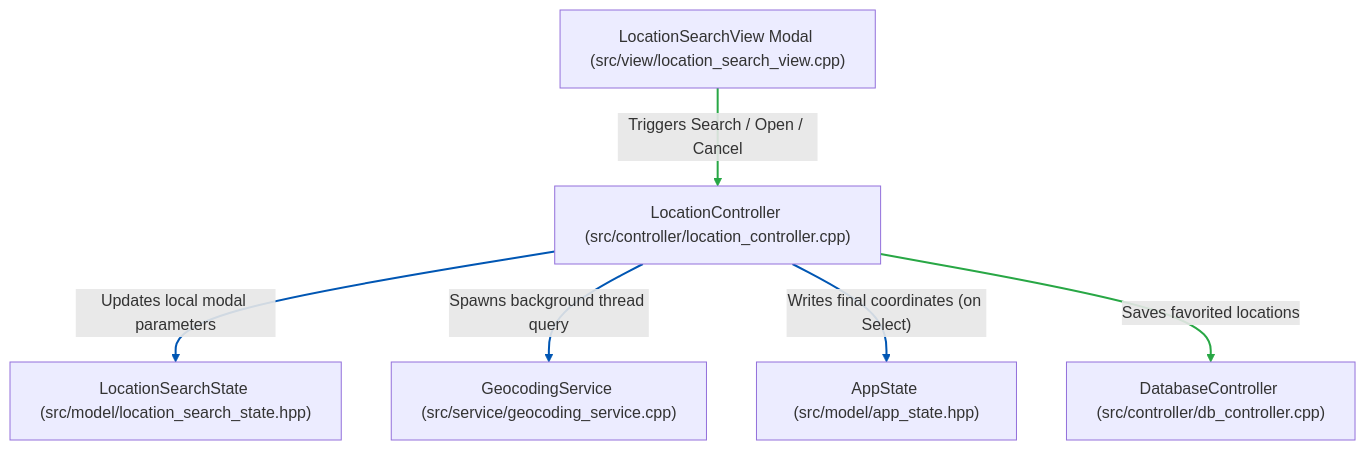
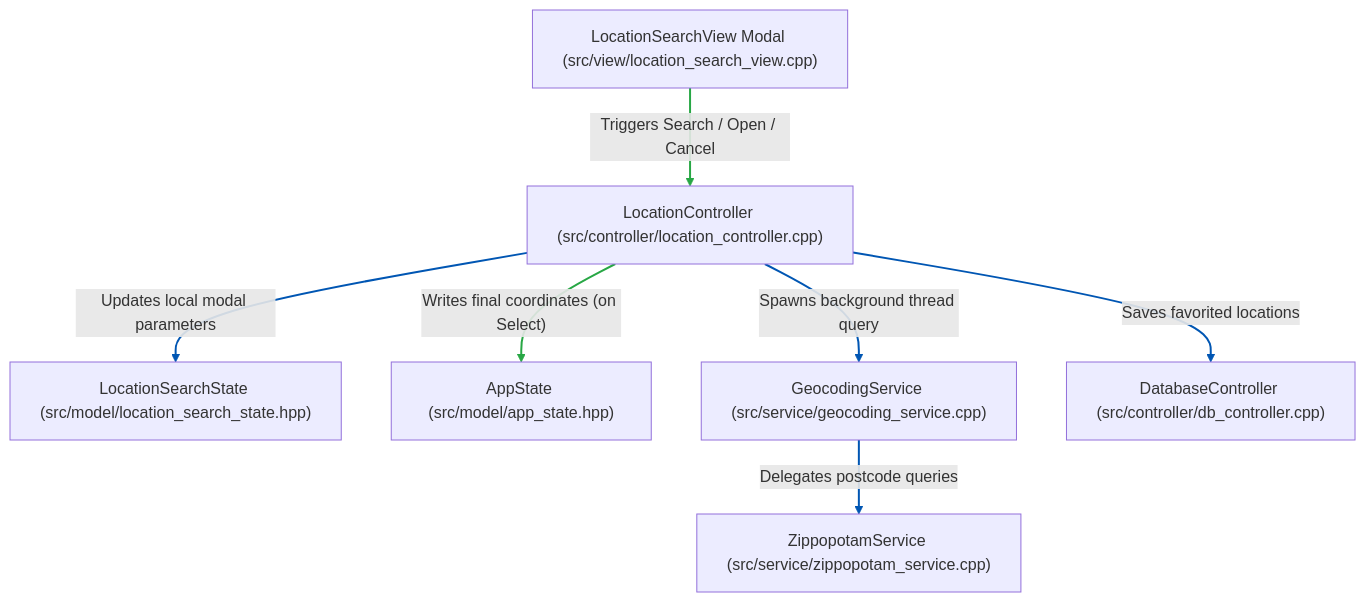
The second of 3 diagrams in docs/separation-of-concerns.md (MallocNexus/weather_cli), drawn with Mermaid before and after one commit. The commit also changed other lines of this file, not shown here.

Commit message:
Enhance documentation: update separation of concerns to include ZippopotamService and its interactions with GeocodingService

````diff
--- a/docs/separation-of-concerns.md
+++ b/docs/separation-of-concerns.md
@@ -129,21 +136,23 @@
 ```mermaid
 graph TD
     LocView["LocationSearchView Modal (src/view/location_search_view.cpp)"]
     LocCtrl["LocationController (src/controller/location_controller.cpp)"]
     SearchState["LocationSearchState (src/model/location_search_state.hpp)"]
     AppState["AppState (src/model/app_state.hpp)"]
     Geocoding["GeocodingService (src/service/geocoding_service.cpp)"]
+    Zippopotam["ZippopotamService (src/service/zippopotam_service.cpp)"]
     DbCtrl["DatabaseController (src/controller/db_controller.cpp)"]
 
     LocView -->|"Triggers Search / Open / Cancel"| LocCtrl
     LocCtrl -->|"Updates local modal parameters"| SearchState
     LocCtrl -->|"Spawns background thread query"| Geocoding
+    Geocoding -->|"Delegates postcode queries"| Zippopotam
     LocCtrl -->|"Writes final coordinates (on Select)"| AppState
     LocCtrl -->|"Saves favorited locations"| DbCtrl
 
     %% Style Event Green
     linkStyle 0,4 stroke:#28a745,stroke-width:2px;
 
     %% Style Other Flow Lines Darker Blue
-    linkStyle 1,2,3 stroke:#0056b3,stroke-width:2px;
+    linkStyle 1,2,3,5 stroke:#0056b3,stroke-width:2px;
 ```
````
